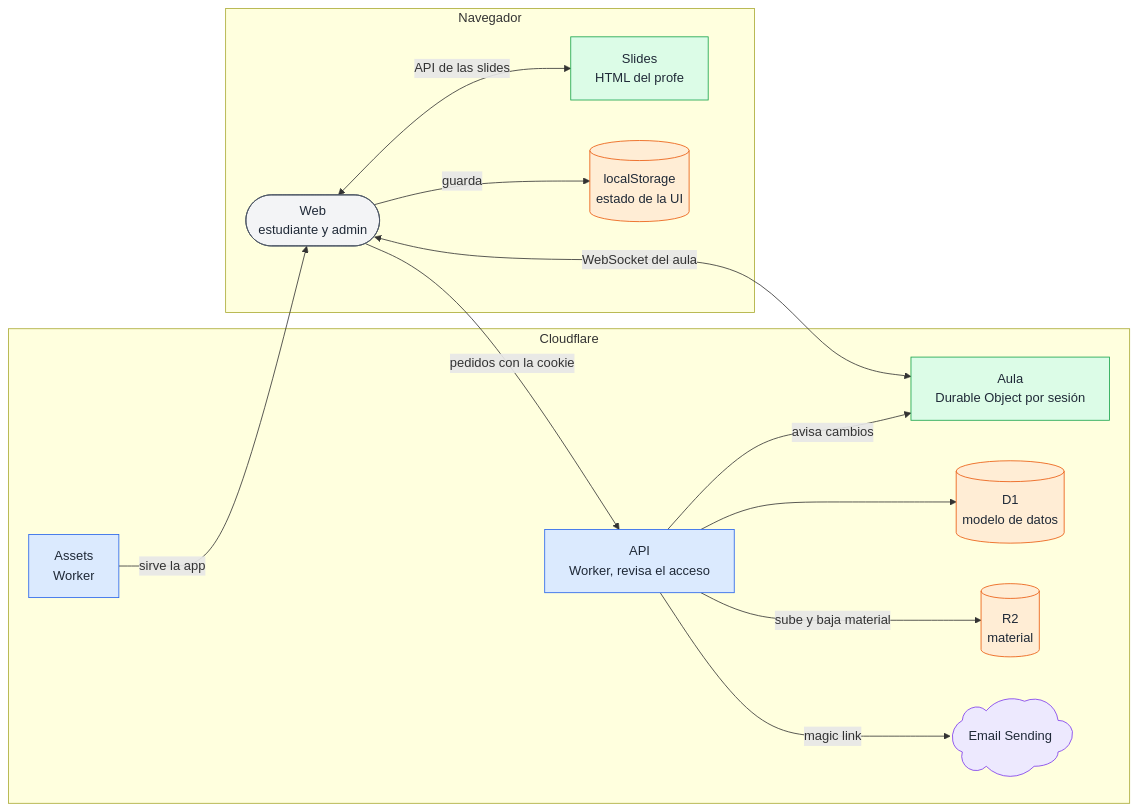
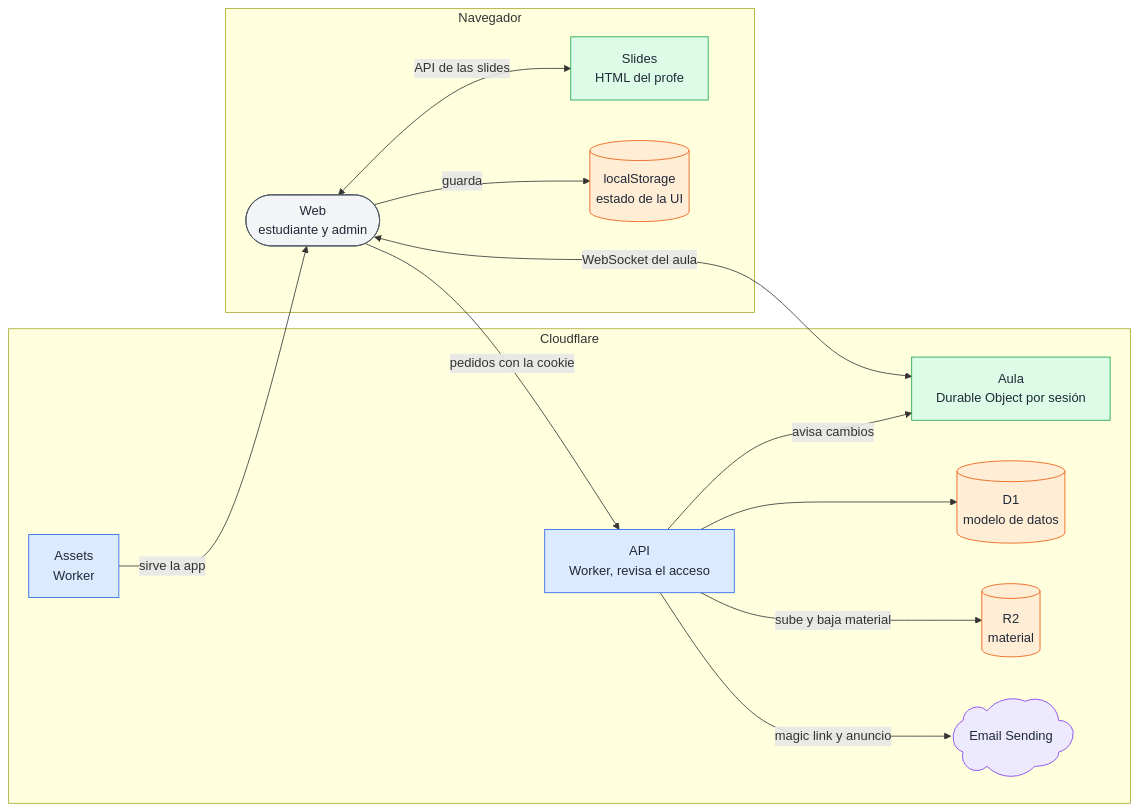
Before and after one commit to filadd/agentic-engineering-famaf-extension-course: the diagram in app/docs/architecture/componentes.md, drawn with Mermaid. The commit also changed other lines of this file and 10 other files, not shown here.

````diff
--- a/app/docs/architecture/componentes.md
+++ b/app/docs/architecture/componentes.md
@@ -15,39 +15,39 @@
 ```mermaid
 flowchart LR
     subgraph nav["Navegador"]
         Web@{ shape: stadium, label: "Web<br/>estudiante y admin" }
         Slides@{ shape: rect, label: "Slides<br/>HTML del profe" }
         Local@{ shape: cyl, label: "localStorage<br/>estado de la UI" }
     end
 
     subgraph cf["Cloudflare"]
         Assets@{ shape: rect, label: "Assets<br/>Worker" }
         Api@{ shape: rect, label: "API<br/>Worker, revisa el acceso" }
         Aula@{ shape: rect, label: "Aula<br/>Durable Object por sesión" }
         DB@{ shape: cyl, label: "D1<br/>modelo de datos" }
         Files@{ shape: cyl, label: "R2<br/>material" }
         Mail@{ shape: cloud, label: "Email Sending" }
     end
 
     Assets -->|"sirve la app"| Web
     Web <-->|"API de las slides"| Slides
     Web -->|guarda| Local
     Web -->|"pedidos con la cookie"| Api
     Web <-->|"WebSocket del aula"| Aula
     Api -->|"avisa cambios"| Aula
     Api --> DB
     Api -->|"sube y baja material"| Files
-    Api -->|"magic link"| Mail
+    Api -->|"magic link y anuncio"| Mail
 
     classDef grey fill:#f3f4f6,stroke:#4b5563,color:#1f2937
     classDef blue fill:#dbeafe,stroke:#2563eb,color:#1f2937
     classDef green fill:#dcfce7,stroke:#16a34a,color:#1f2937
     classDef orange fill:#ffedd5,stroke:#ea580c,color:#1f2937
     classDef violet fill:#ede9fe,stroke:#7c3aed,color:#1f2937
 
     class Web grey
     class Assets,Api blue
     class Aula,Slides green
     class DB,Files,Local orange
     class Mail violet
 ```
````
